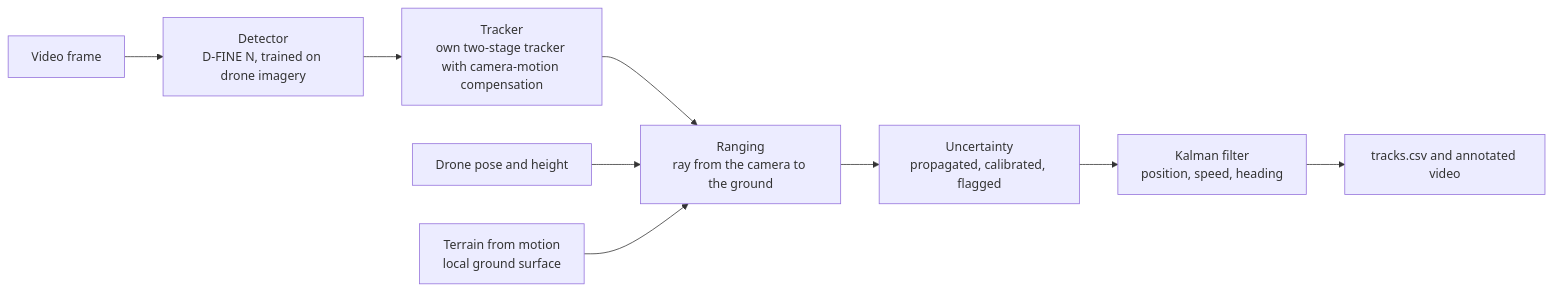
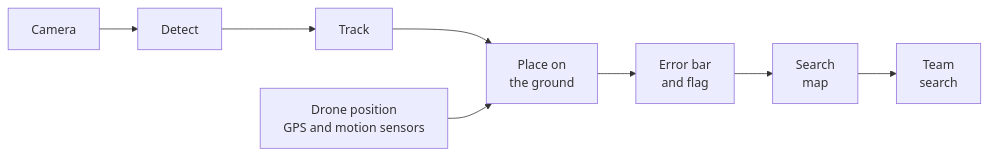
The diagram in README.md (LukeA77/drone-ranger), drawn with Mermaid before and after one commit. The commit also changed other lines of this file and 87 other files, not shown here.

````diff
--- a/README.md
+++ b/README.md
@@ -47,11 +140,5 @@
 ```mermaid
 flowchart LR
-    A[Video frame] --> B[Detector<br/>D-FINE N, trained on drone imagery]
-    B --> C[Tracker<br/>own two-stage tracker with camera-motion compensation]
-    C --> D[Ranging<br/>ray from the camera to the ground]
-    G[Drone pose and height] --> D
-    H[Terrain from motion<br/>local ground surface] --> D
-    D --> E[Uncertainty<br/>propagated, calibrated, flagged]
-    E --> F[Kalman filter<br/>position, speed, heading]
-    F --> O[tracks.csv and annotated video]
+    A[Camera] --> B[Detect] --> C[Track] --> D[Place on<br/>the ground] --> E[Error bar<br/>and flag] --> F[Search<br/>map] --> G[Team<br/>search]
+    N[Drone position<br/>GPS and motion sensors] --> D
 ```
````
